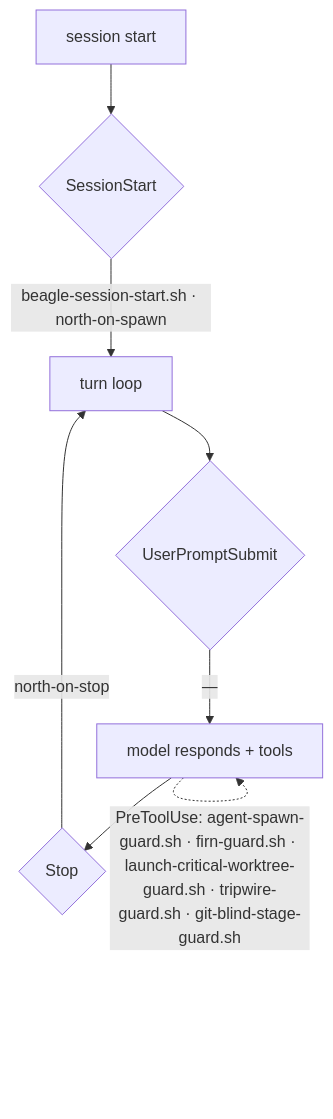
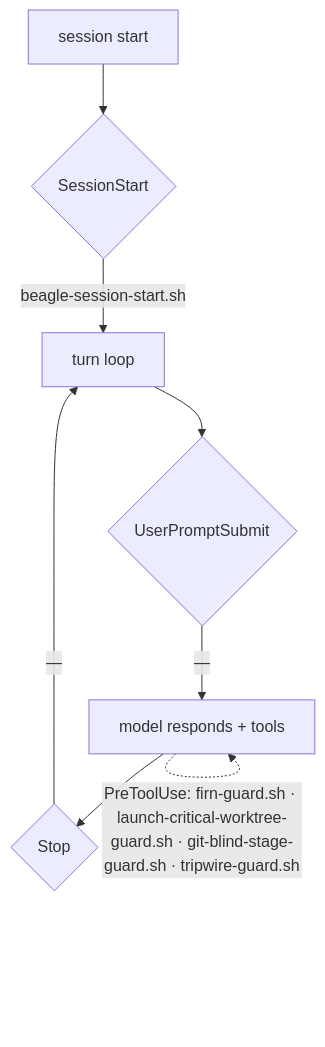
The diagram in docs/claude/02-local-map.md (tompassarelli/firn), drawn with Mermaid before and after one commit. The commit also changed other lines of this file and 28 other files, not shown here.

````diff
--- a/docs/claude/02-local-map.md
+++ b/docs/claude/02-local-map.md
@@ -48,10 +46,10 @@
 ```mermaid
 flowchart TD
   A[session start] --> B{SessionStart}
-  B -->|"beagle-session-start.sh · north-on-spawn"| C[turn loop]
+  B -->|"beagle-session-start.sh"| C[turn loop]
   C --> D{UserPromptSubmit}
   D -->|"—"| E["model responds + tools"]
-  E -.->|"PreToolUse: agent-spawn-guard.sh · firn-guard.sh · launch-critical-worktree-guard.sh · tripwire-guard.sh · git-blind-stage-guard.sh"| E
+  E -.->|"PreToolUse: firn-guard.sh · launch-critical-worktree-guard.sh · git-blind-stage-guard.sh · tripwire-guard.sh"| E
   E --> F{Stop}
-  F -->|"north-on-stop"| C
+  F -->|"—"| C
 ```
````
